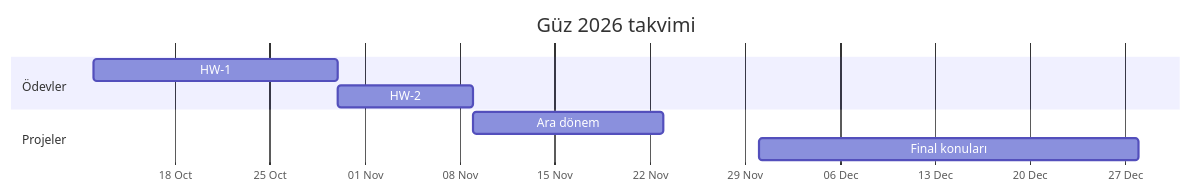
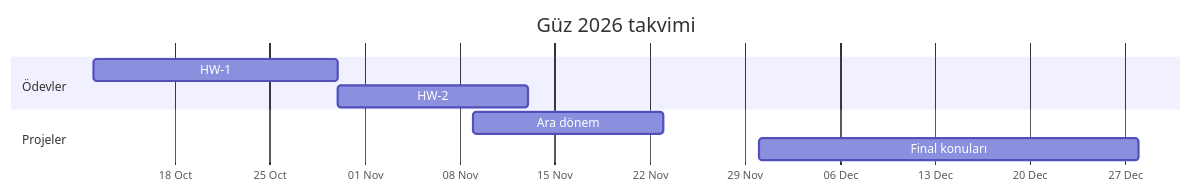
Before and after one commit to emircansurucu/UUM523E-F16-Flight-Dynamics: the diagram in PROJECT.md, drawn with Mermaid. The commit also changed other lines of this file and 9 other files, not shown here.

````diff
--- a/PROJECT.md
+++ b/PROJECT.md
@@ -33,12 +33,12 @@
 ```mermaid
 gantt
     title Güz 2026 takvimi
     dateFormat YYYY-MM-DD
     axisFormat %d %b
     section Ödevler
     HW-1           :2026-10-12, 2026-10-30
-    HW-2           :2026-10-30, 2026-11-09
+    HW-2           :2026-10-30, 2026-11-13
     section Projeler
     Ara dönem      :2026-11-09, 2026-11-23
     Final konuları :2026-11-30, 2026-12-28
 ```
````
